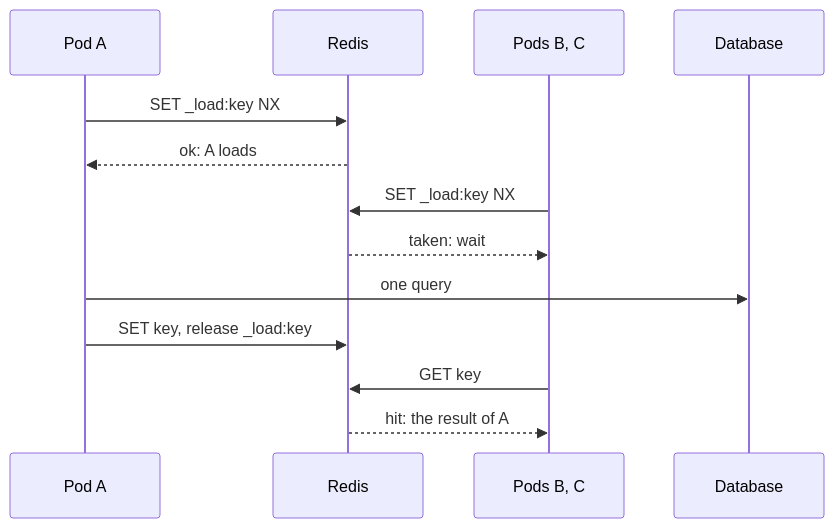
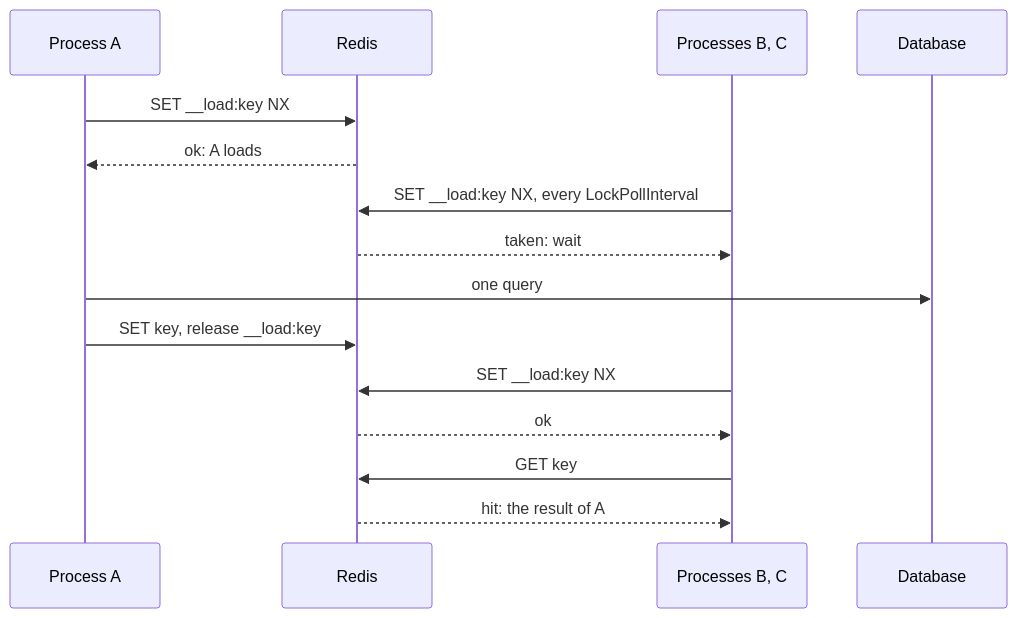
One commit to eugeneliukindev/gashe changed the first of 2 diagrams in docs/en/concepts/stampedes.md. Above: the diagram before and after it, drawn with Mermaid. The commit also changed other lines of this file and 119 other files, not shown here.

````diff
--- a/docs/en/concepts/stampedes.md
+++ b/docs/en/concepts/stampedes.md
@@ -13,15 +15,17 @@
 ```mermaid
 sequenceDiagram
-    participant A as Pod A
+    participant A as Process A
     participant R as Redis
-    participant B as Pods B, C
+    participant B as Processes B, C
     participant DB as Database
-    A->>R: SET _load:key NX
+    A->>R: SET __load:key NX
     R-->>A: ok: A loads
-    B->>R: SET _load:key NX
+    B->>R: SET __load:key NX, every LockPollInterval
     R-->>B: taken: wait
     A->>DB: one query
-    A->>R: SET key, release _load:key
+    A->>R: SET key, release __load:key
+    B->>R: SET __load:key NX
+    R-->>B: ok
     B->>R: GET key
     R-->>B: hit: the result of A
 ```
````
